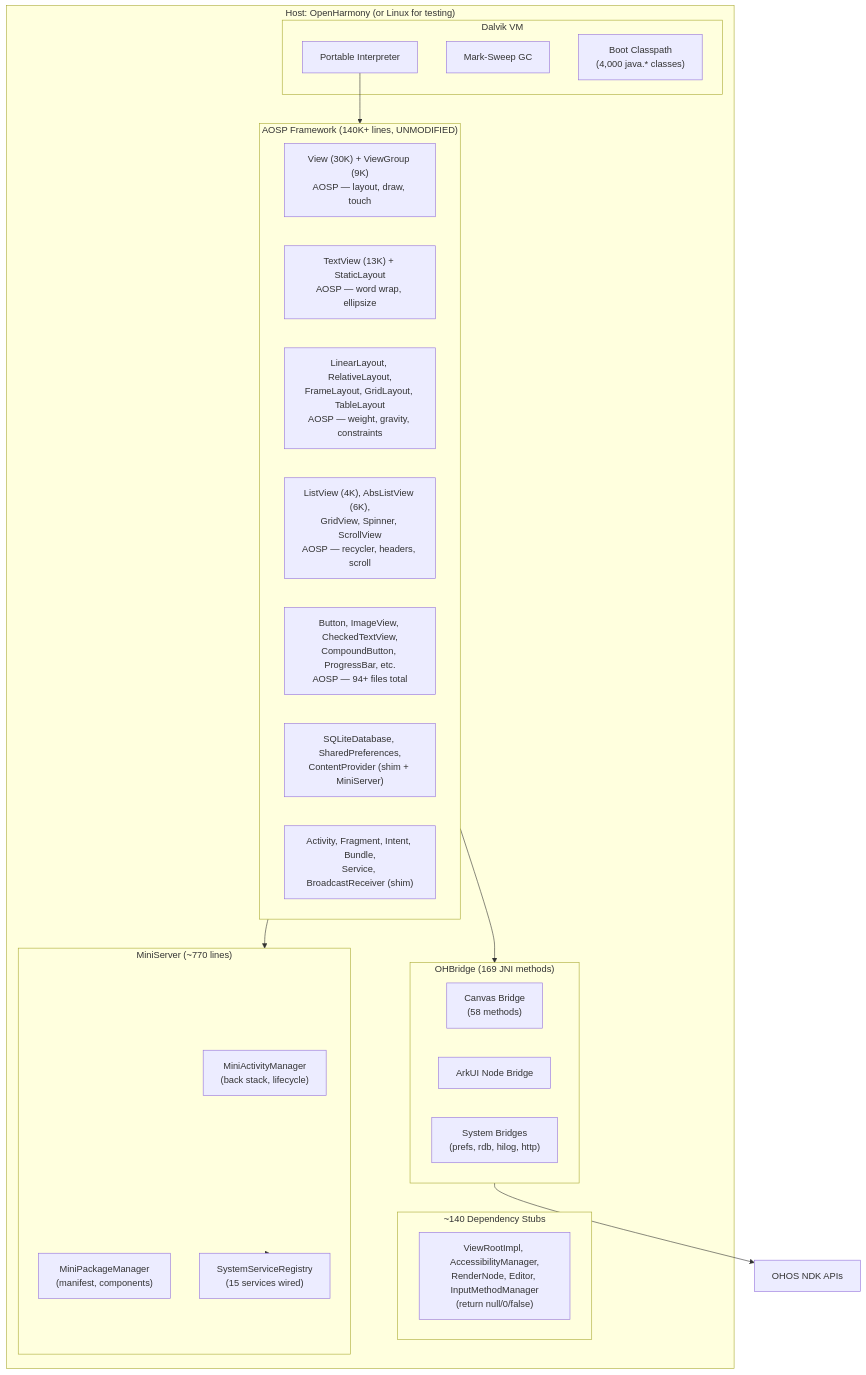
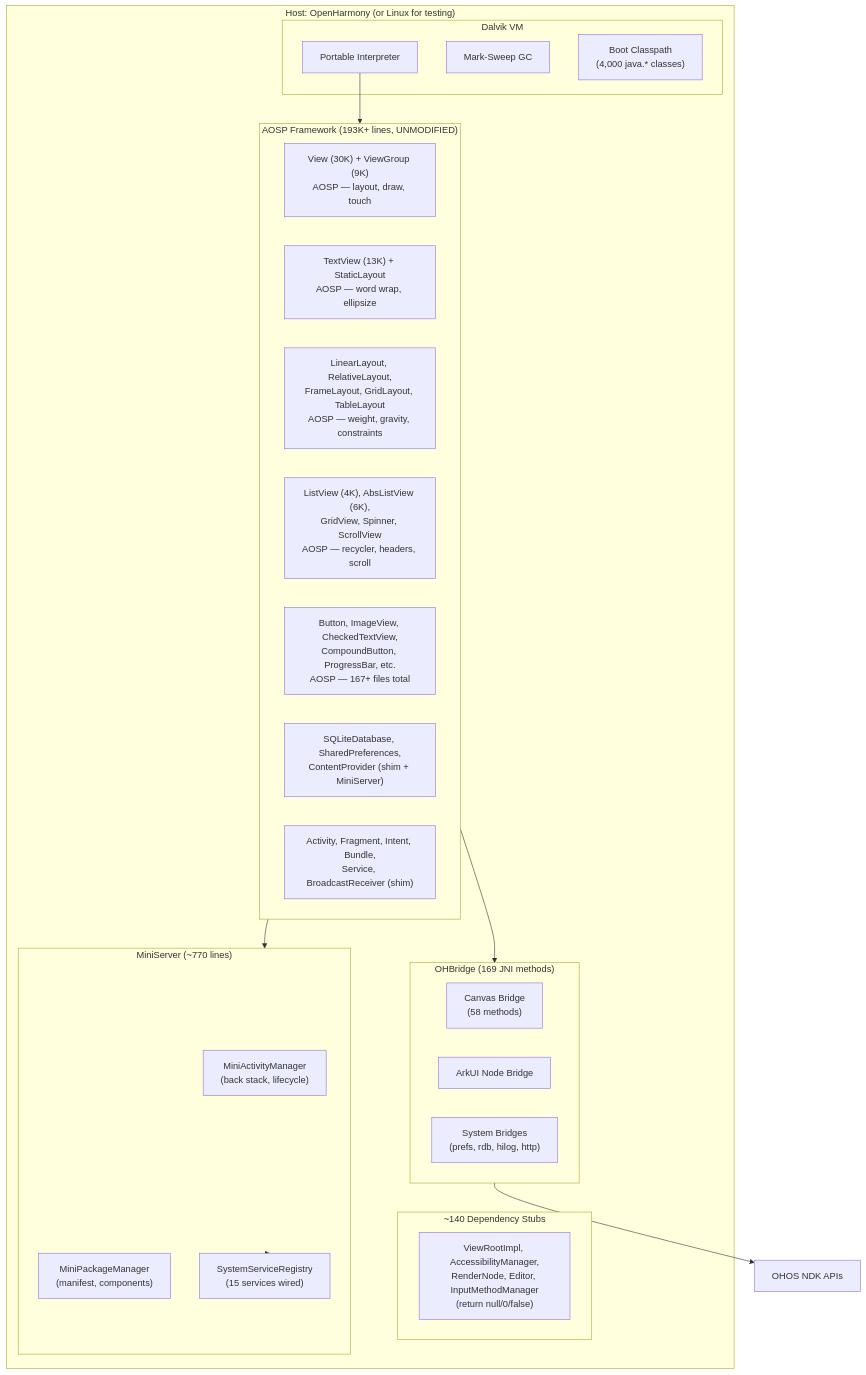
The third of 3 diagrams in README.md (A2OH/westlake), drawn with Mermaid before and after one commit. The commit also changed other lines of this file and 2 other files, not shown here.

Commit message:
Update docs: 193K+ lines across 167+ AOSP files — UI framework porting complete

````diff
--- a/README.md
+++ b/README.md
@@ -149,41 +149,41 @@
 ```mermaid
 graph TD
     subgraph HOST["Host: OpenHarmony (or Linux for testing)"]
         subgraph VM["Dalvik VM"]
             INTERP["Portable Interpreter"]
             GC["Mark-Sweep GC"]
             BOOT["Boot Classpath<br/>(4,000 java.* classes)"]
         end
 
-        subgraph FRAMEWORK["AOSP Framework (140K+ lines, UNMODIFIED)"]
+        subgraph FRAMEWORK["AOSP Framework (193K+ lines, UNMODIFIED)"]
             VIEW["View (30K) + ViewGroup (9K)<br/>AOSP — layout, draw, touch"]
             TEXT["TextView (13K) + StaticLayout<br/>AOSP — word wrap, ellipsize"]
             LAYOUT["LinearLayout, RelativeLayout,<br/>FrameLayout, GridLayout, TableLayout<br/>AOSP — weight, gravity, constraints"]
             LIST["ListView (4K), AbsListView (6K),<br/>GridView, Spinner, ScrollView<br/>AOSP — recycler, headers, scroll"]
-            WIDGET["Button, ImageView, CheckedTextView,<br/>CompoundButton, ProgressBar, etc.<br/>AOSP — 94+ files total"]
+            WIDGET["Button, ImageView, CheckedTextView,<br/>CompoundButton, ProgressBar, etc.<br/>AOSP — 167+ files total"]
             DATA["SQLiteDatabase, SharedPreferences,<br/>ContentProvider (shim + MiniServer)"]
             IPC["Activity, Fragment, Intent, Bundle,<br/>Service, BroadcastReceiver (shim)"]
         end
         subgraph STUBS["~140 Dependency Stubs"]
             S1["ViewRootImpl, AccessibilityManager,<br/>RenderNode, Editor, InputMethodManager<br/>(return null/0/false)"]
         end
 
         subgraph MINI["MiniServer (~770 lines)"]
             MAM["MiniActivityManager<br/>(back stack, lifecycle)"]
             MPM["MiniPackageManager<br/>(manifest, components)"]
             SSR["SystemServiceRegistry<br/>(15 services wired)"]
         end
 
         subgraph OHBRIDGE["OHBridge (169 JNI methods)"]
             DRAW["Canvas Bridge<br/>(58 methods)"]
             NODE["ArkUI Node Bridge"]
             SYS["System Bridges<br/>(prefs, rdb, hilog, http)"]
         end
     end
 
     INTERP --> FRAMEWORK
     FRAMEWORK --> MINI
     FRAMEWORK --> OHBRIDGE
     MINI --> SSR
     OHBRIDGE --> OHOS_API["OHOS NDK APIs"]
 ```
````
